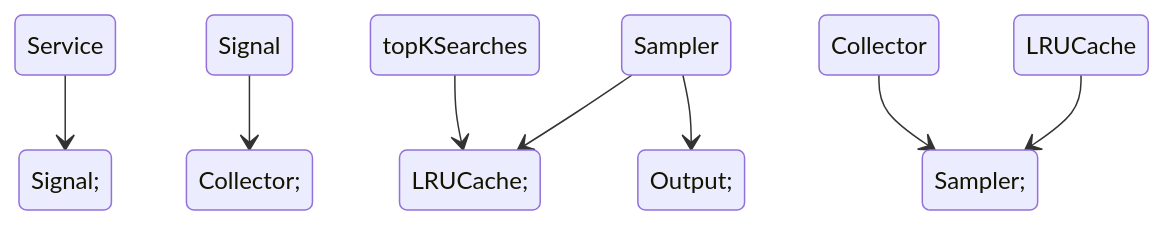
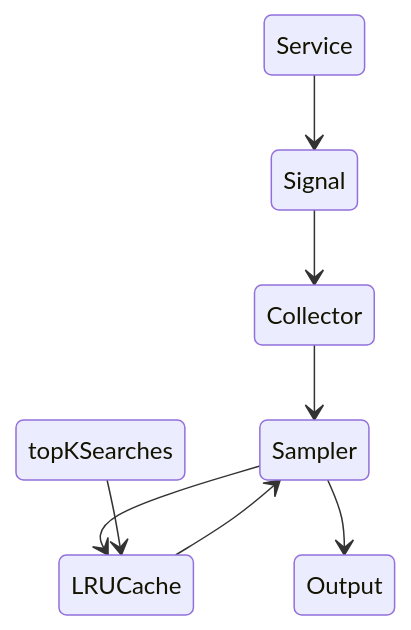
The diagram in 08 - telemetry-roi.md (lightstep/cloud-native-observability), drawn with Mermaid before and after one commit.

````diff
--- a/08 - telemetry-roi.md
+++ b/08 - telemetry-roi.md
@@ -248,10 +248,10 @@
 ```mermaid
 stateDiagram-v2
-    Service --> Signal;
-    Signal --> Collector;
-    Sampler --> LRUCache;
-    topKSearches --> LRUCache;
-    LRUCache --> Sampler;
-    Collector --> Sampler;
-    Sampler --> Output;
+    Service --> Signal
+    Signal --> Collector
+    Sampler --> LRUCache
+    topKSearches --> LRUCache
+    LRUCache --> Sampler
+    Collector --> Sampler
+    Sampler --> Output
 ```
````
